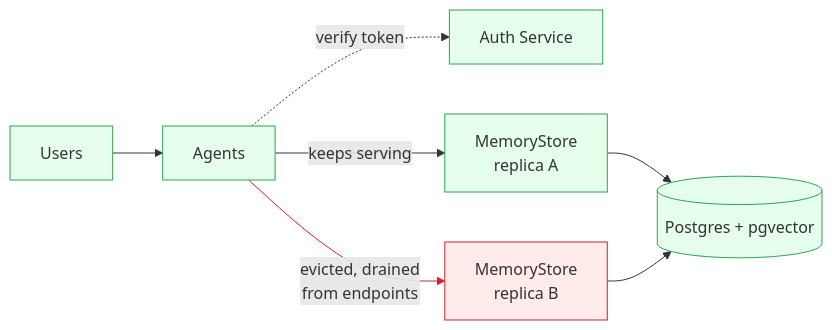
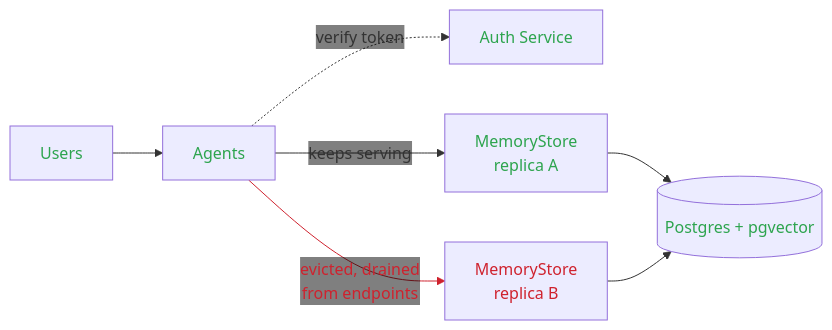
Before and after one commit to axsaucedo/kaos-adrs: the fourth of 8 diagrams in memory/blog/BLOGPOST_DRAFT_PART_3.md, drawn with Mermaid. The commit also changed other lines of this file, not shown here.

First line of the commit message:
blog(part3): failure diagrams mark state by text colour and drop edge-label boxes

````diff
--- a/memory/blog/BLOGPOST_DRAFT_PART_3.md
+++ b/memory/blog/BLOGPOST_DRAFT_PART_3.md
@@ -236,15 +236,16 @@
 ```mermaid
+%%{init: {"themeVariables": {"edgeLabelBackground": "transparent"}}}%%
 flowchart LR
   U["Users"] --> A["Agents"]
   A -.->|"verify token"| AS["Auth Service"]
   A -->|"keeps serving"| R1["MemoryStore<br/>replica A"]
   A -->|"evicted, drained<br/>from endpoints"| R2["MemoryStore<br/>replica B"]
   R1 --> PG[("Postgres + pgvector")]
   R2 --> PG
-  classDef down fill:#ffebe9,stroke:#cf222e;
-  classDef warn fill:#fff8c5,stroke:#d4a72c;
-  classDef ok fill:#e6ffed,stroke:#2da44e;
+  classDef down color:#cf222e;
+  classDef warn color:#d4a72c;
+  classDef ok color:#2da44e;
   class R2 down;
   class U,AS,A,R1,PG ok;
-  linkStyle 3 stroke:#cf222e
+  linkStyle 3 stroke:#cf222e,color:#cf222e
 ```
````
